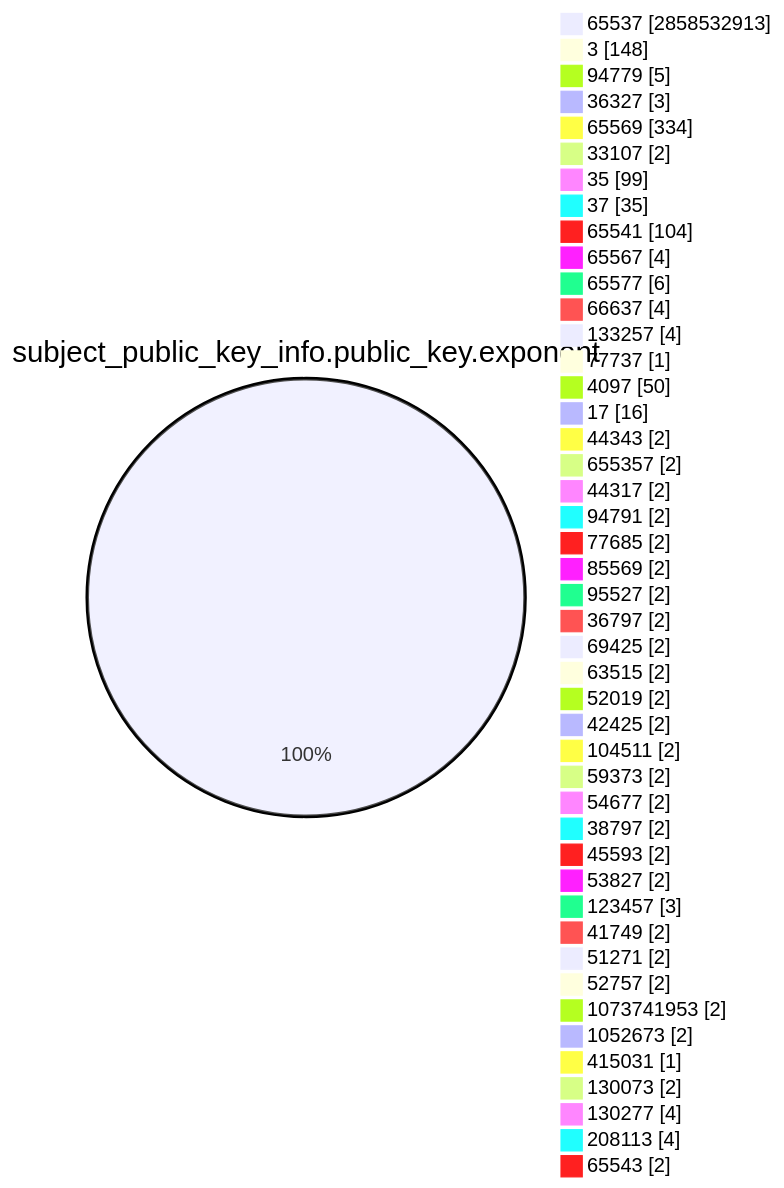
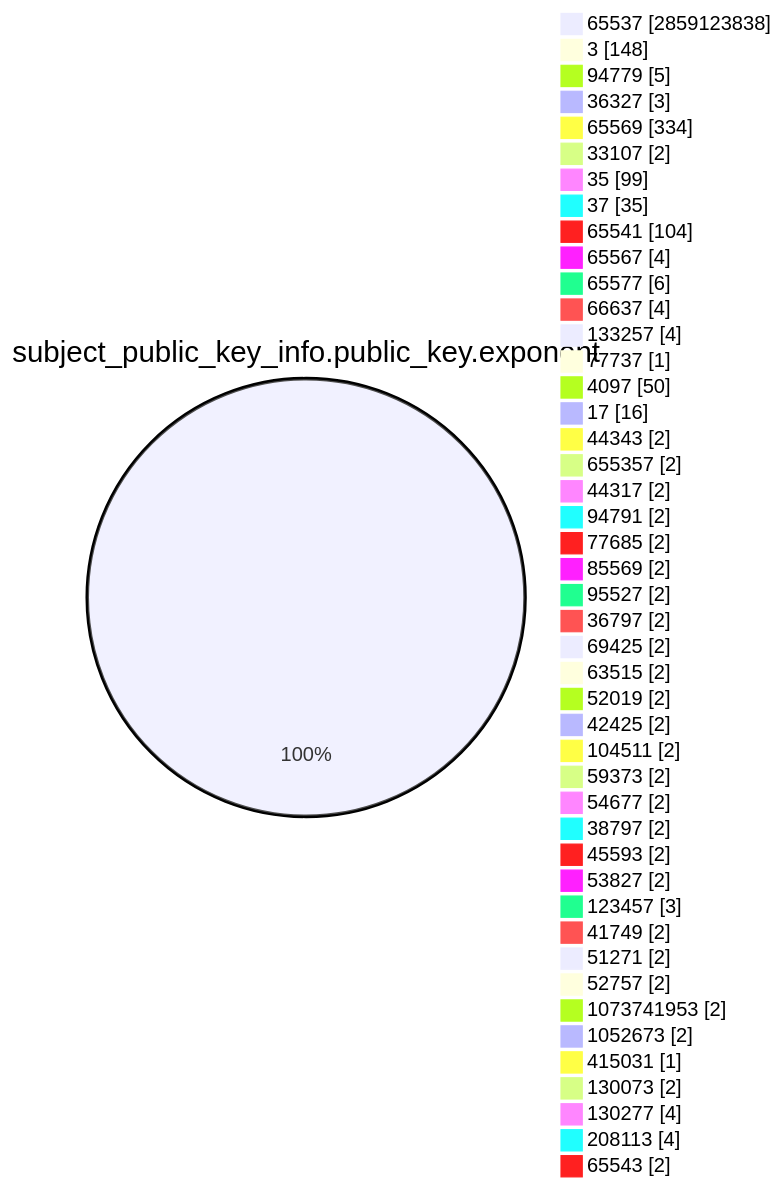
Before and after one commit to christiankrug/ctmonitor_visualization: the fourth of 15 diagrams in TOTAL/README.md, drawn with Mermaid. The commit also changed other lines of this file, not shown here.

````diff
--- a/TOTAL/README.md
+++ b/TOTAL/README.md
@@ -1468,49 +1468,49 @@
 ```mermaid
 pie showData
 title subject_public_key_info.public_key.exponent
-"65537" :2858532913
+"65537" :2859123838
 "3" :148
 "94779" :5
 "36327" :3
 "65569" :334
 "33107" :2
 "35" :99
 "37" :35
 "65541" :104
 "65567" :4
 "65577" :6
 "66637" :4
 "133257" :4
 "77737" :1
 "4097" :50
 "17" :16
 "44343" :2
 "655357" :2
 "44317" :2
 "94791" :2
 "77685" :2
 "85569" :2
 "95527" :2
 "36797" :2
 "69425" :2
 "63515" :2
 "52019" :2
 "42425" :2
 "104511" :2
 "59373" :2
 "54677" :2
 "38797" :2
 "45593" :2
 "53827" :2
 "123457" :3
 "41749" :2
 "51271" :2
 "52757" :2
 "1073741953" :2
 "1052673" :2
 "415031" :1
 "130073" :2
 "130277" :4
 "208113" :4
 "65543" :2
 ```
````
